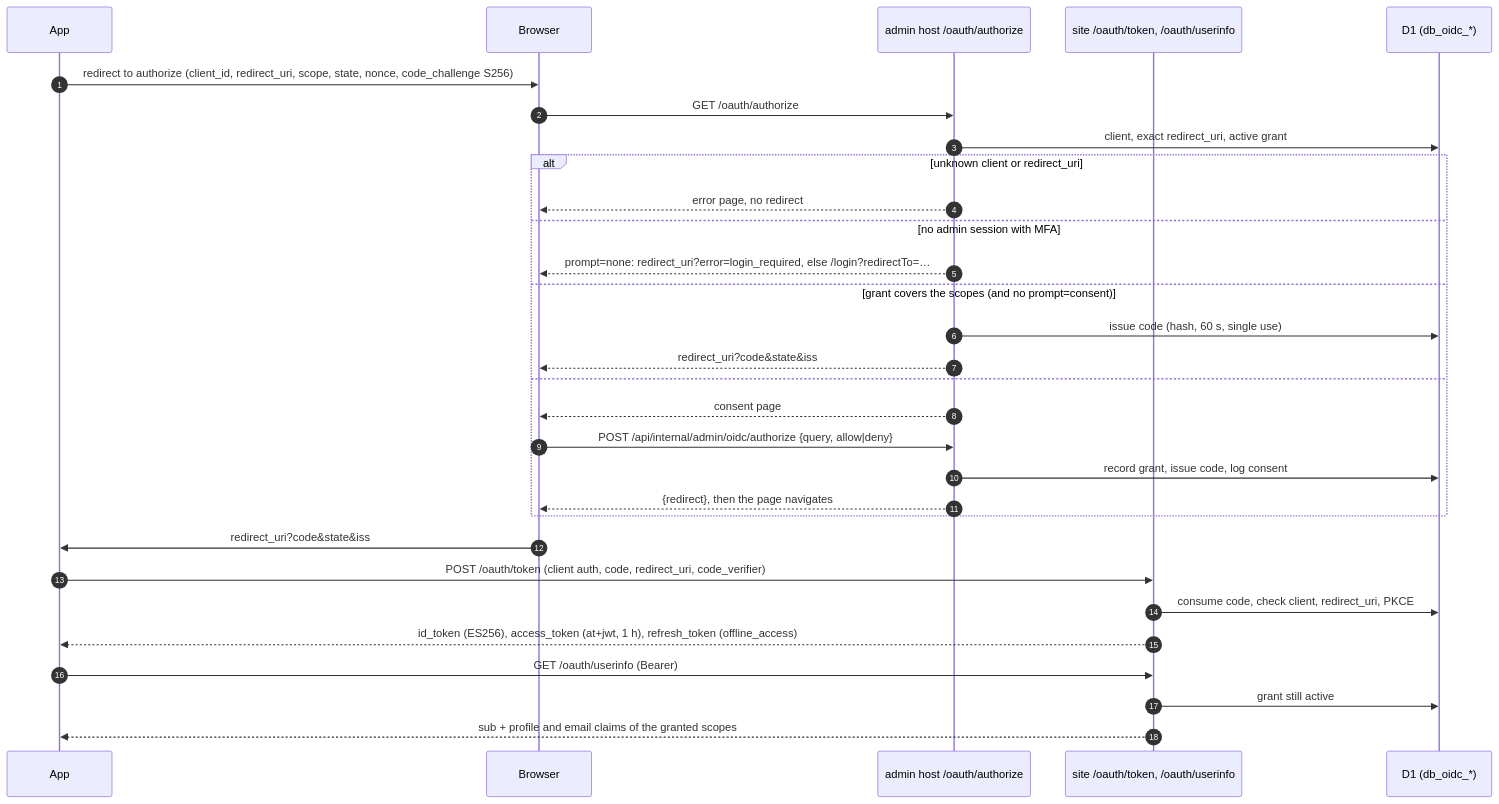
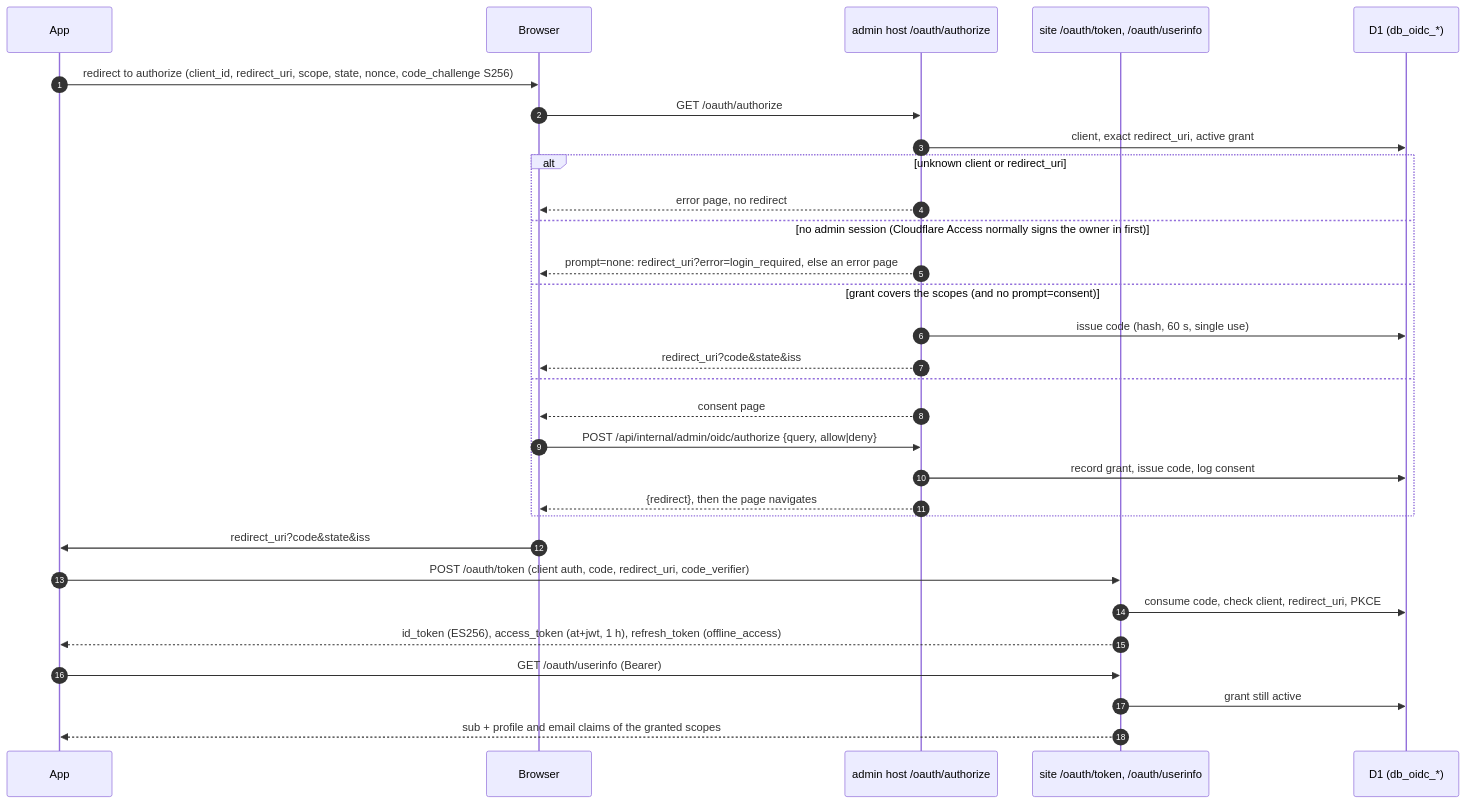
Before and after one commit to farhnkrnapratma/idstead: the diagram in docs/003-architecture/012-identity-provider.md, drawn with Mermaid. The commit also changed other lines of this file and 40 other files, not shown here.

First line of the commit message:
docs: describe admin sign-in through Cloudflare Access

````diff
--- a/docs/003-architecture/012-identity-provider.md
+++ b/docs/003-architecture/012-identity-provider.md
@@ -20,33 +20,33 @@
 ```mermaid
 sequenceDiagram
     autonumber
     participant A as App
     participant B as Browser
     participant AD as admin host /oauth/authorize
     participant W as site /oauth/token, /oauth/userinfo
     participant D as D1 (db_oidc_*)
 
     A->>B: redirect to authorize (client_id, redirect_uri, scope, state, nonce, code_challenge S256)
     B->>AD: GET /oauth/authorize
     AD->>D: client, exact redirect_uri, active grant
     alt unknown client or redirect_uri
         AD-->>B: error page, no redirect
-    else no admin session with MFA
-        AD-->>B: prompt=none: redirect_uri?error=login_required, else /login?redirectTo=…
+    else no admin session (Cloudflare Access normally signs the owner in first)
+        AD-->>B: prompt=none: redirect_uri?error=login_required, else an error page
     else grant covers the scopes (and no prompt=consent)
         AD->>D: issue code (hash, 60 s, single use)
         AD-->>B: redirect_uri?code&state&iss
     else
         AD-->>B: consent page
         B->>AD: POST /api/internal/admin/oidc/authorize {query, allow|deny}
         AD->>D: record grant, issue code, log consent
         AD-->>B: {redirect}, then the page navigates
     end
     B->>A: redirect_uri?code&state&iss
     A->>W: POST /oauth/token (client auth, code, redirect_uri, code_verifier)
     W->>D: consume code, check client, redirect_uri, PKCE
     W-->>A: id_token (ES256), access_token (at+jwt, 1 h), refresh_token (offline_access)
     A->>W: GET /oauth/userinfo (Bearer)
     W->>D: grant still active
     W-->>A: sub + profile and email claims of the granted scopes
 ```
````
